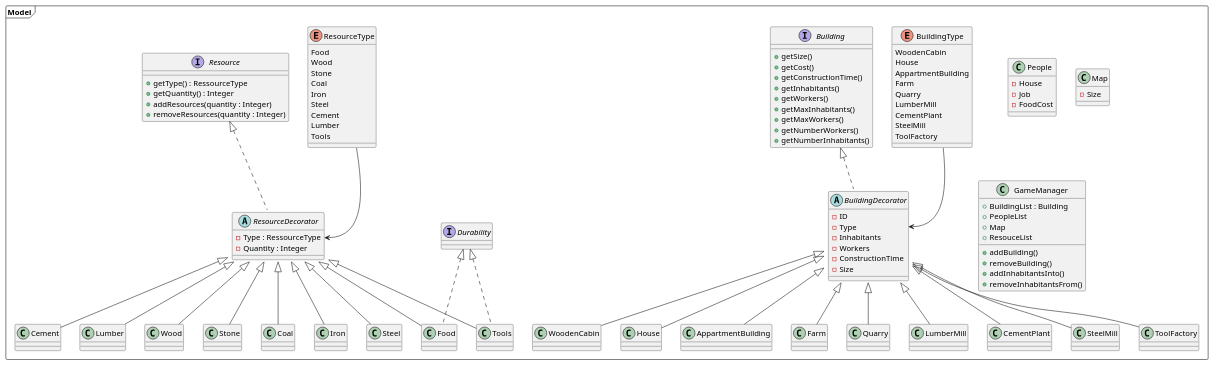
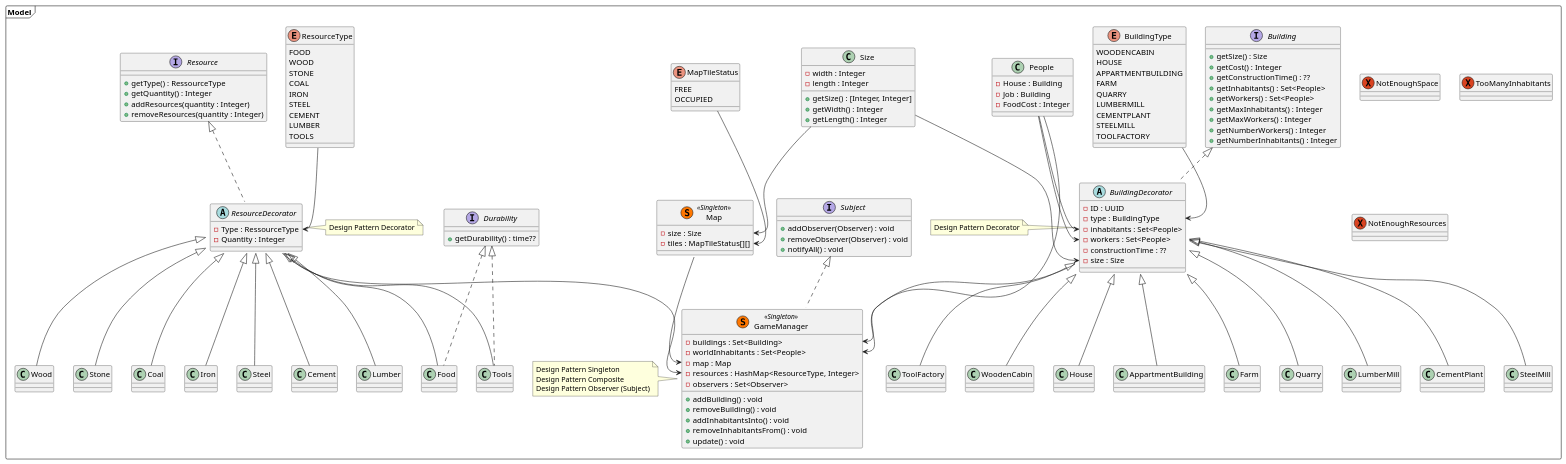
One commit to mchlln/JavaRTS changed the diagram in classDiagram.puml. Above: the diagram before and after it, drawn with PlantUML. The commit also changed 1 other file, not shown here.

```diff
--- a/classDiagram.puml
+++ b/classDiagram.puml
@@ -1,142 +1,193 @@
 @startuml
 
 package "Model" <<Frame>> {
     interface Building {
-        + getSize()
-        + getCost()
-        + getConstructionTime()
-        + getInhabitants()
-        + getWorkers()
-        + getMaxInhabitants()
-        + getMaxWorkers()
-        + getNumberWorkers()
-        + getNumberInhabitants()
+        + getSize() : Size
+        + getCost() : Integer
+        + getConstructionTime() : ??
+        + getInhabitants() : Set<People>
+        + getWorkers() : Set<People>
+        + getMaxInhabitants() : Integer
+        + getMaxWorkers() : Integer
+        + getNumberWorkers() : Integer
+        + getNumberInhabitants() : Integer
     }
     abstract class BuildingDecorator implements Building{
-        - ID
-        - Type
-        - Inhabitants
-        - Workers
-        - ConstructionTime
-        - Size
+        - ID : UUID
+        - type : BuildingType
+        - inhabitants : Set<People>
+        - workers : Set<People>
+        - constructionTime : ??
+        - size : Size
     }
+    note left of BuildingDecorator
+        Design Pattern Decorator
+    end note
+
 
     class WoodenCabin extends BuildingDecorator{
 
     }
     class House extends BuildingDecorator{
         
     }
     class AppartmentBuilding extends BuildingDecorator{
         
     }
     class Farm extends BuildingDecorator{
         
     }
     class Quarry extends BuildingDecorator{
         
     }
     class LumberMill extends BuildingDecorator{
         
     }
     class CementPlant extends BuildingDecorator{
         
     }
     class SteelMill extends BuildingDecorator{
         
     }
     class ToolFactory extends BuildingDecorator{
         
     }
     enum BuildingType{
-        WoodenCabin
-        House
-        AppartmentBuilding
-        Farm
-        Quarry
-        LumberMill
-        CementPlant
-        SteelMill
-        ToolFactory
+        WOODENCABIN
+        HOUSE
+        APPARTMENTBUILDING
+        FARM
+        QUARRY
+        LUMBERMILL
+        CEMENTPLANT
+        STEELMILL
+        TOOLFACTORY
     }
 
     class People{
-        - House
-        - Job
-        - FoodCost
+        - House : Building
+        - Job : Building
+        - FoodCost : Integer
     }
-    class Map{
-        - Size
+    class Map <<(S,#FF7700)Singleton>>{
+        - size : Size
+        - tiles : MapTileStatus[][]
     }
+
+    enum MapTileStatus {
+        FREE
+        OCCUPIED
+    }
+
+
     interface Resource {
         + getType() : RessourceType
         + getQuantity() : Integer
         + addResources(quantity : Integer)
         + removeResources(quantity : Integer)
 
     }
     abstract class ResourceDecorator implements Resource{
         - Type : RessourceType
         - Quantity : Integer
     }
+    note right of ResourceDecorator
+        Design Pattern Decorator
+    end note
+
     interface Durability{
-
+        + getDurability() : time??
     }
     class Food extends ResourceDecorator implements Durability{
 
     }
     class Wood extends ResourceDecorator{
 
     }
     class Stone extends ResourceDecorator{
 
     }
     class Coal extends ResourceDecorator{
 
     }
     class Iron extends ResourceDecorator{
 
     }
     class Steel extends ResourceDecorator{
 
     }
     class Cement extends ResourceDecorator{
 
     }
     class Lumber extends ResourceDecorator{
 
     }
     class Tools extends ResourceDecorator implements Durability{
 
     }
     enum ResourceType{
-        Food
-        Wood
-        Stone
-        Coal
-        Iron
-        Steel
-        Cement
-        Lumber
-        Tools
+        FOOD
+        WOOD
+        STONE
+        COAL
+        IRON
+        STEEL
+        CEMENT
+        LUMBER
+        TOOLS
     }
 
-    class GameManager{
-        + BuildingList : Building
-        + PeopleList
-        + Map
-        + ResouceList
-        + addBuilding()
-        + removeBuilding()
-        + addInhabitantsInto()
-        + removeInhabitantsFrom()
+    class GameManager <<(S,#FF7700)Singleton>> implements Subject{
+        - buildings : Set<Building>
+        - worldInhabitants : Set<People>
+        - map : Map
+        - resources : HashMap<ResourceType, Integer>
+        - observers : Set<Observer>
+        + addBuilding() : void
+        + removeBuilding() : void
+        + addInhabitantsInto() : void
+        + removeInhabitantsFrom() : void
+        + update() : void
+    }
+    note left of GameManager
+        Design Pattern Singleton
+        Design Pattern Composite
+        Design Pattern Observer (Subject)
+    end note
+
+    exception NotEnoughSpace{}
+    exception TooManyInhabitants{}
+    exception NotEnoughResources{}
+
+
+    class Size{
+        - width : Integer
+        - length : Integer
+        + getSize() : [Integer, Integer]
+        + getWidth() : Integer
+        + getLength() : Integer
+    }
+
+    interface Subject{
+        + addObserver(Observer) : void
+        + removeObserver(Observer) : void
+        + notifyAll() : void
     }
 
     ResourceType -->ResourceDecorator::Type
     BuildingType -->BuildingDecorator::Type
+    Map --> GameManager::Map
+    Size --> BuildingDecorator::size
+    Size --> Map::size
+    People --> GameManager::worldInhabitants
+    People --> BuildingDecorator::inhabitants
+    People --> BuildingDecorator::workers
+    BuildingDecorator --> GameManager::buildings
+    ResourceDecorator --> GameManager::resources
+    MapTileStatus --> Map::tiles
 
 }
 
 
 
 @enduml
```
